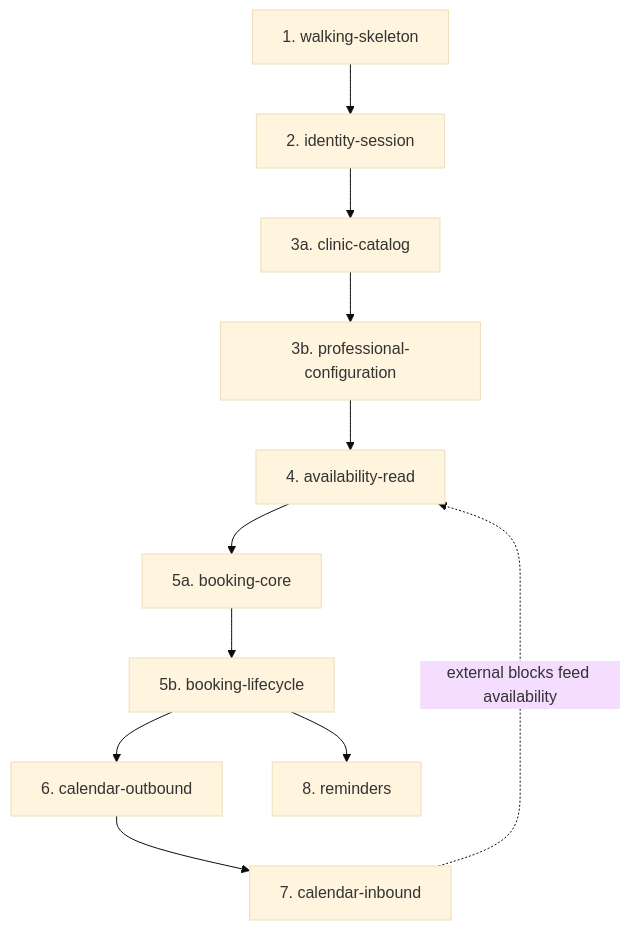
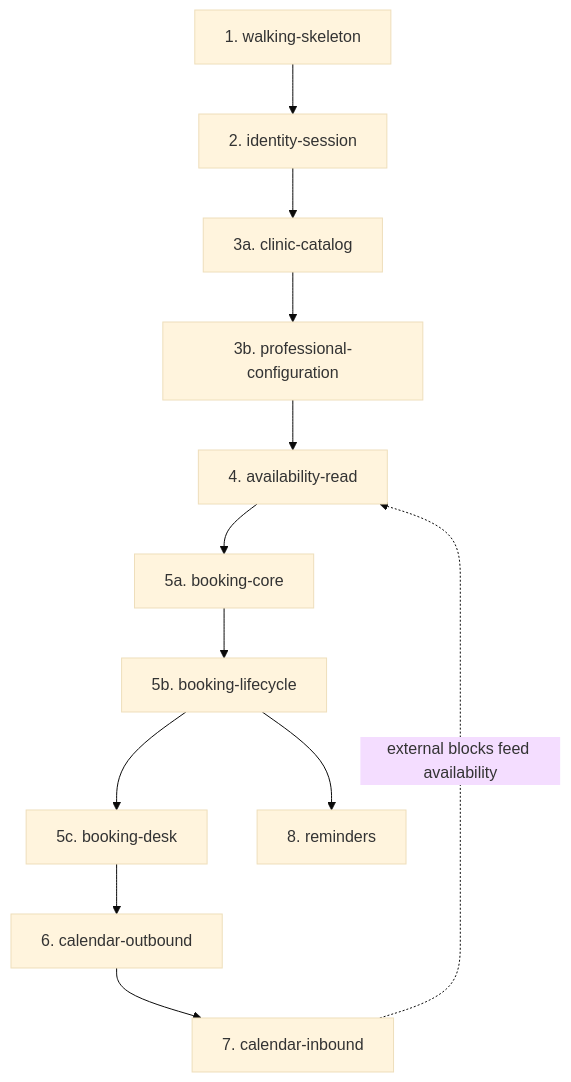
One commit to PedroCalabria/clinic_scheduling changed the diagram in docs/05-openspec-workflow.md. Above: the diagram before and after it, drawn with Mermaid (base theme). The commit also changed other lines of this file and 43 other files, not shown here.

````diff
--- a/docs/05-openspec-workflow.md
+++ b/docs/05-openspec-workflow.md
@@ -61,17 +62,18 @@
 ```mermaid
 flowchart TB
   c1["1. walking-skeleton"]
   c2["2. identity-session"]
   c3a["3a. clinic-catalog"]
   c3b["3b. professional-configuration"]
   c4["4. availability-read"]
   c5a["5a. booking-core"]
   c5b["5b. booking-lifecycle"]
+  c5c["5c. booking-desk"]
   c6["6. calendar-outbound"]
   c7["7. calendar-inbound"]
   c8["8. reminders"]
-  c1 --> c2 --> c3a --> c3b --> c4 --> c5a --> c5b
-  c5b --> c6 --> c7
+  c1 --> c2 --> c3a --> c3b --> c4 --> c5a --> c5b --> c5c
+  c5c --> c6 --> c7
   c5b --> c8
   c7 -.->|external blocks feed availability| c4
 ```
````
